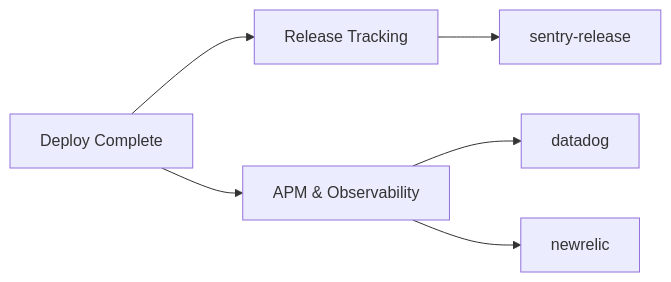
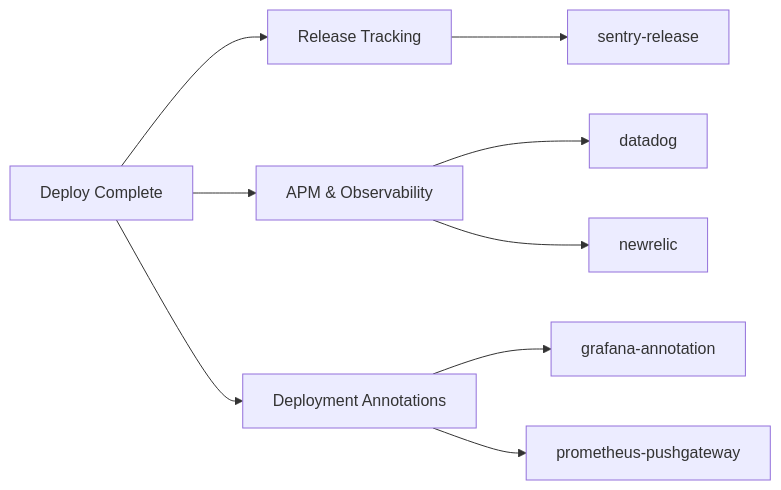
One commit to mwashburn160/pipeline-builder changed the diagram in docs/plugins/monitoring.md. Above: the diagram before and after it, drawn with Mermaid. The commit also changed other lines of this file and 235 other files, not shown here.

````diff
--- a/docs/plugins/monitoring.md
+++ b/docs/plugins/monitoring.md
@@ -5,8 +5,10 @@
 ```mermaid
 flowchart LR
     Deploy[Deploy Complete] --> Track[Release Tracking]
     Deploy --> APM[APM & Observability]
 
     Track --> sentry-release
     APM --> datadog & newrelic
+    Deploy --> Annotations[Deployment Annotations]
+    Annotations --> grafana-annotation & prometheus-pushgateway
 ```
````
